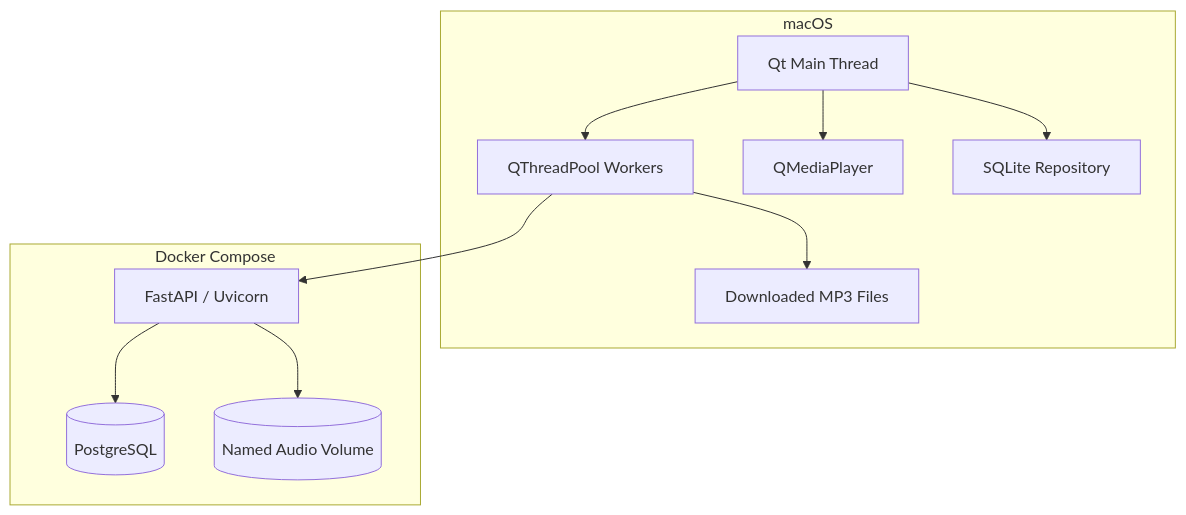
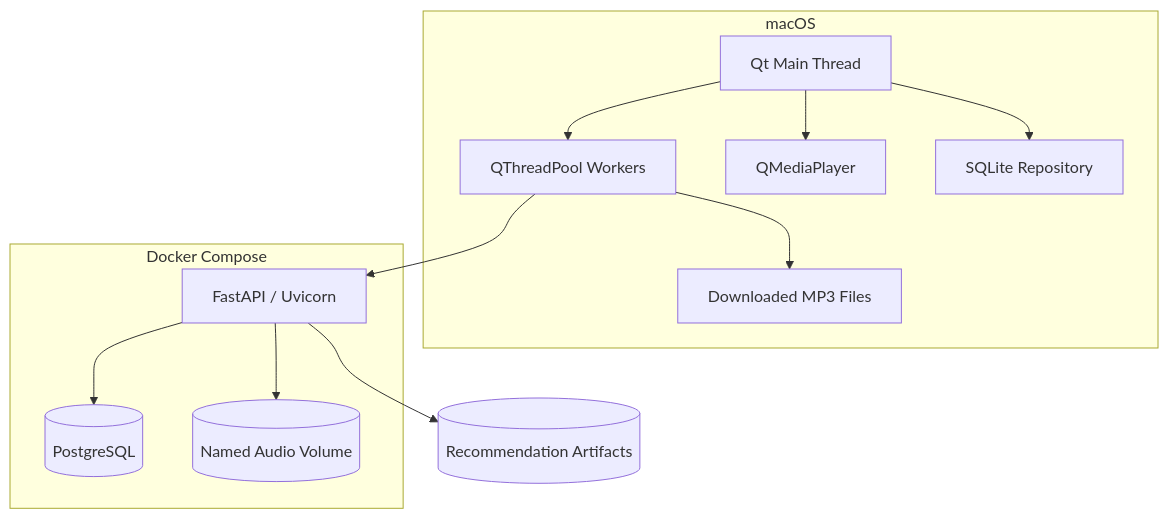
One commit to giaphoang/Eureka-music-app changed the second of 10 diagrams in DESIGN.md. Above: the diagram before and after it, drawn with Mermaid. The commit also changed other lines of this file and 6 other files, not shown here.

Commit message:
docs(recommendations): document CLAP setup and runtime architecture

````diff
--- a/DESIGN.md
+++ b/DESIGN.md
@@ -27,22 +27,23 @@
 ```mermaid
 flowchart TB
     subgraph macOS
         UI[Qt Main Thread]
         Pool[QThreadPool Workers]
         Player[QMediaPlayer]
         Repo[SQLite Repository]
         Files[Downloaded MP3 Files]
     end
     subgraph Docker Compose
         API[FastAPI / Uvicorn]
         PG[(PostgreSQL)]
         Media[(Named Audio Volume)]
     end
     UI --> Pool
     UI --> Player
     UI --> Repo
     Pool --> API
     Pool --> Files
     API --> PG
     API --> Media
+    API --> Rec[(Recommendation Artifacts)]
 ```
````
